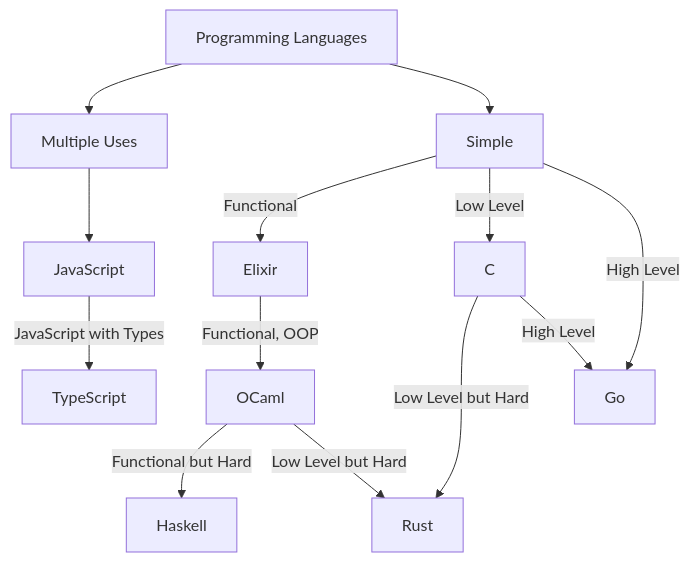
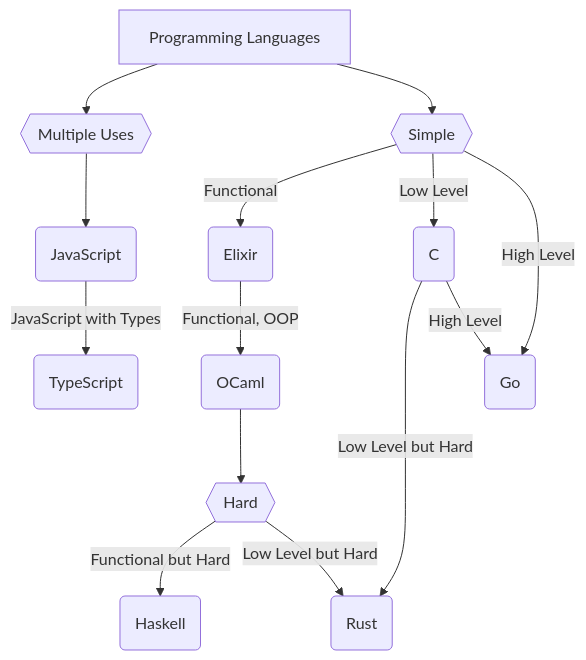
The diagram in README.md (ahmed-el-awad/languages-im-interested-in), drawn with Mermaid before and after one commit.

Commit message:
added parent node "Hard" and rounded corners of languages

````diff
--- a/README.md
+++ b/README.md
@@ -13,19 +13,20 @@
 ```mermaid
 graph
 	PLs[Programming Languages]
 
-	PLs --> Mu[Multiple Uses]
-	Mu --> JS[JavaScript]
-	JS -->|JavaScript with Types| TS[TypeScript]
+	PLs --> Mu{{Multiple Uses}}
+	Mu --> JS(JavaScript)
+	JS -->|JavaScript with Types| TS(TypeScript)
 
-	PLs --> Simple
+	PLs --> Simple{{Simple}}
 
-	Simple --> |Functional| Elixir
-	Simple --> |Low Level| C
-	Simple --> |High Level| Go
-	Elixir -->|Functional, OOP| OCaml
-	OCaml -->|Functional but Hard| Haskell
-	OCaml -->|Low Level but Hard| Rust
+	Simple --> |Functional| Elixir(Elixir)
+	Simple --> |Low Level| C(C)
+	Simple --> |High Level| Go(Go)
+	Elixir -->|Functional, OOP| OCaml(OCaml)
+	OCaml --> Hard
+	Hard -->|Functional but Hard| Haskell(Haskell)
+	Hard{{Hard}} -->|Low Level but Hard| Rust(Rust)
 	C -->|Low Level but Hard| Rust
 	C -->|High Level| Go
 ```
````
